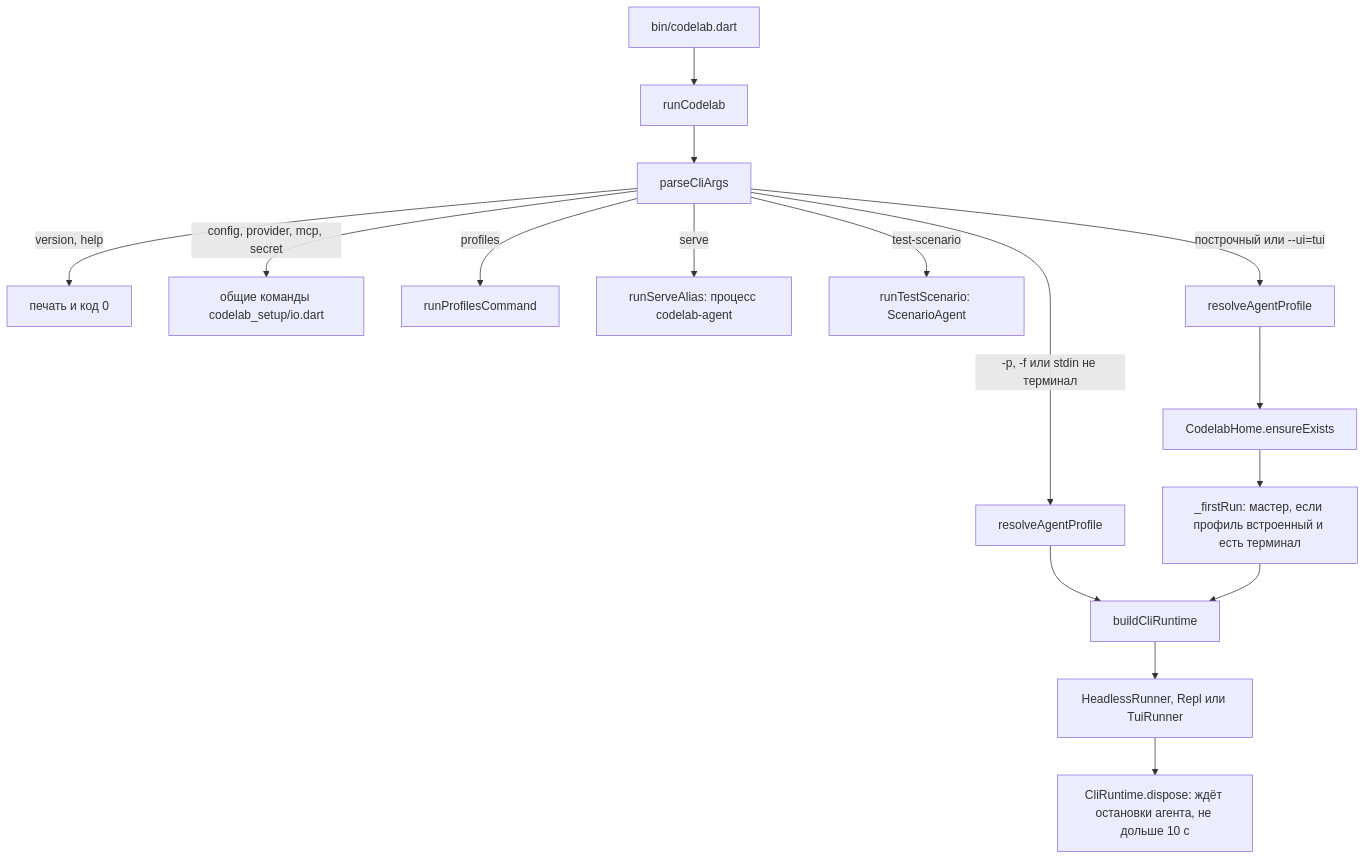
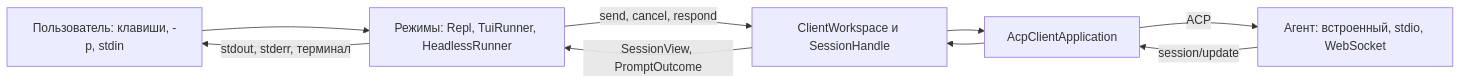
Before and after one commit to pese-git/codelab-app: the second of 2 diagrams in apps/codelab_cli/doc/development.md, drawn with Mermaid. The commit also changed other lines of this file and 44 other files, not shown here.

````diff
--- a/apps/codelab_cli/doc/development.md
+++ b/apps/codelab_cli/doc/development.md
@@ -72,18 +88,16 @@
 ```mermaid
-flowchart TD
-  main["bin/codelab.dart"] --> run["runCodelab"]
-  run --> parse["parseCliArgs"]
-  parse -->|"version, help"| out["печать и код 0"]
-  parse -->|"config, provider, mcp, secret"| bridge["общие команды codelab_setup/io.dart"]
-  parse -->|"profiles"| prof["runProfilesCommand"]
-  parse -->|"serve"| alias["runServeAlias: процесс codelab-agent"]
-  parse -->|"test-scenario"| scen["runTestScenario: ScenarioAgent"]
-  parse -->|"-p, -f или stdin не терминал"| hres["resolveAgentProfile"]
-  hres --> build["buildCliRuntime"]
-  parse -->|"построчный или --ui=tui"| ires["resolveAgentProfile"]
-  ires --> ensure["CodelabHome.ensureExists"]
-  ensure --> first["_firstRun: мастер, если профиль встроенный и есть терминал"]
-  first --> build
-  build --> runner["HeadlessRunner, Repl или TuiRunner"]
-  runner --> dispose["CliRuntime.dispose: ждёт остановки агента, не дольше 10 с"]
+flowchart LR
+  user["Пользователь: клавиши, -p, stdin"]
+  modes["Режимы: Repl, TuiRunner, HeadlessRunner"]
+  kit["ClientWorkspace и SessionHandle"]
+  app["AcpClientApplication"]
+  agent["Агент: встроенный, stdio, WebSocket"]
+  user --> modes
+  modes -->|"send, cancel, respond"| kit
+  kit --> app
+  app -->|"ACP"| agent
+  agent -->|"session/update"| app
+  app --> kit
+  kit -->|"SessionView, PromptOutcome"| modes
+  modes -->|"stdout, stderr, терминал"| user
 ```
````
